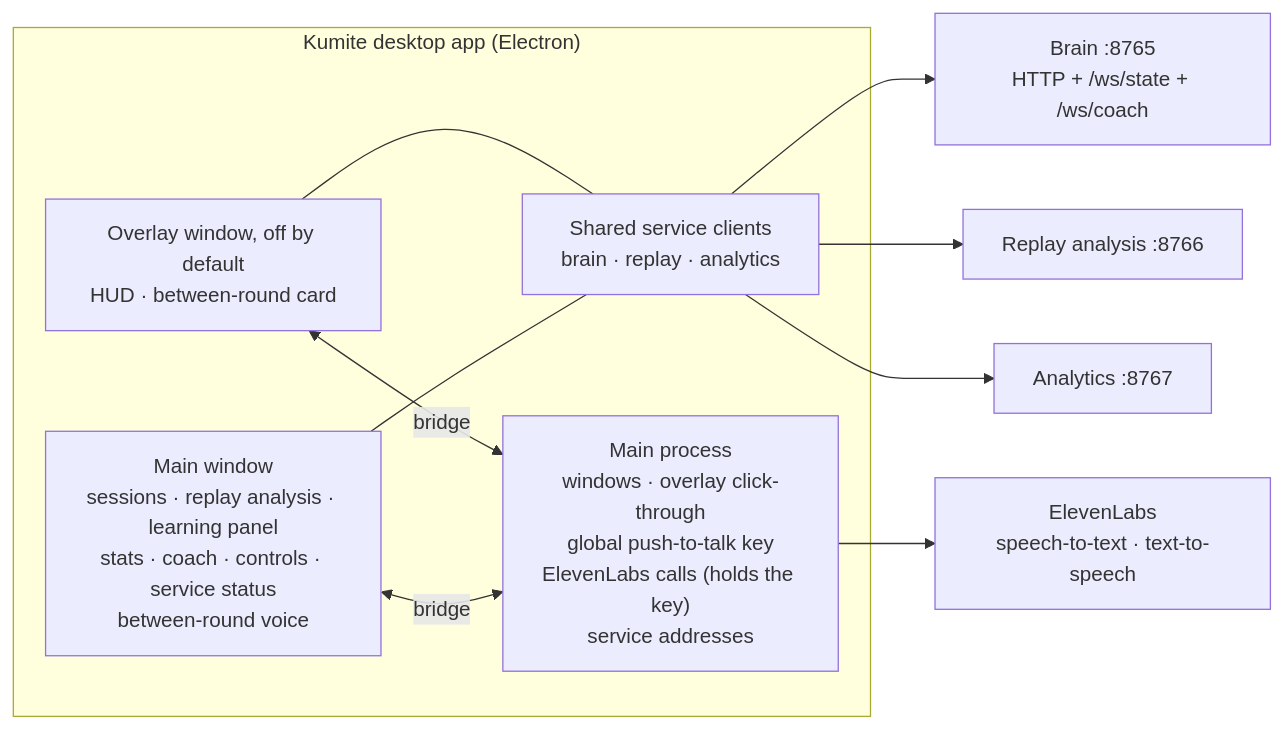
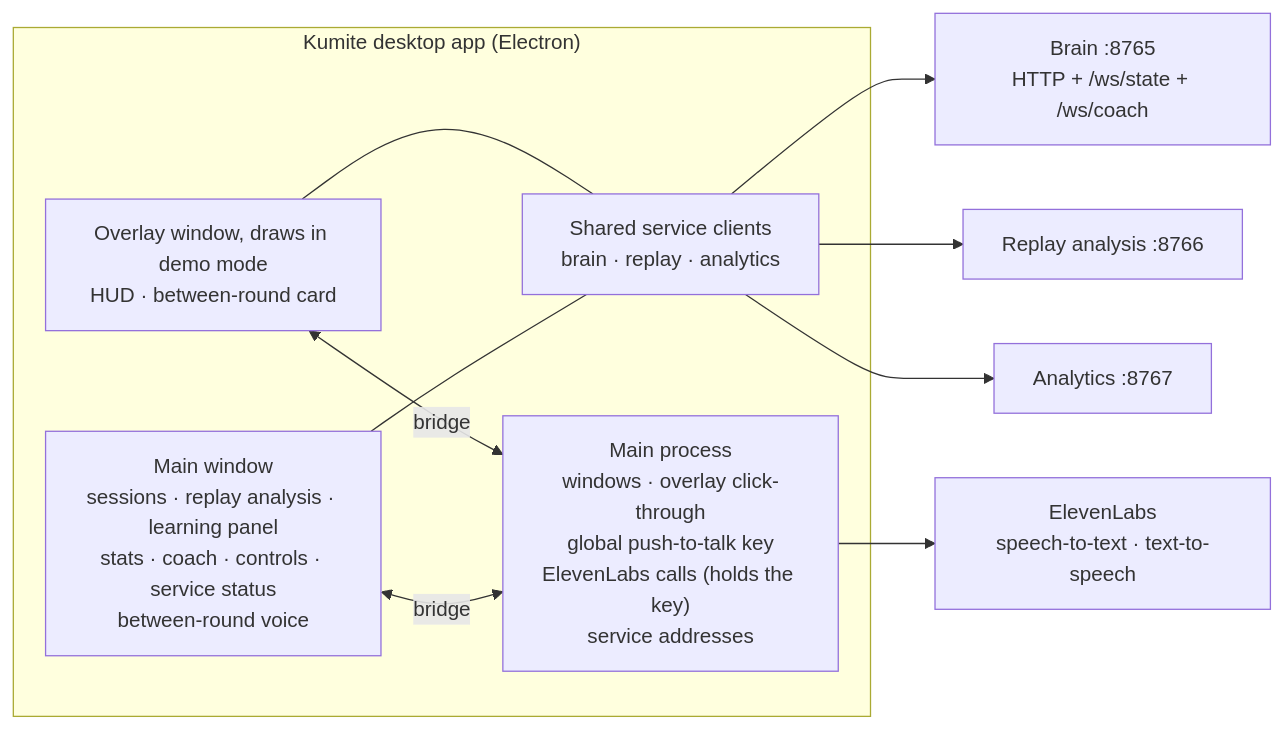
One commit to ericwei1107/la-hacks-2026 changed the diagram in app/docs/high-level-design.md. Above: the diagram before and after it, drawn with Mermaid. The commit also changed other lines of this file and 12 other files, not shown here.

First line of the commit message:
Overlay draws in demo mode; Controls says difficulty applies next match

````diff
--- a/app/docs/high-level-design.md
+++ b/app/docs/high-level-design.md
@@ -53,21 +53,21 @@
 ```mermaid
 flowchart LR
     subgraph App["Kumite desktop app (Electron)"]
         MP["Main process\nwindows · overlay click-through\nglobal push-to-talk key\nElevenLabs calls (holds the key)\nservice addresses"]
-        OV["Overlay window, off by default\nHUD · between-round card"]
+        OV["Overlay window, draws in demo mode\nHUD · between-round card"]
         MW["Main window\nsessions · replay analysis · learning panel\nstats · coach · controls · service status\nbetween-round voice"]
         SC["Shared service clients\nbrain · replay · analytics"]
         OV --- SC
         MW --- SC
         OV <-->|bridge| MP
         MW <-->|bridge| MP
     end
     BR["Brain :8765\nHTTP + /ws/state + /ws/coach"]
     RA["Replay analysis :8766"]
     AN["Analytics :8767"]
     EL["ElevenLabs\nspeech-to-text · text-to-speech"]
     SC --> BR
     SC --> RA
     SC --> AN
     MP --> EL
 ```
````
